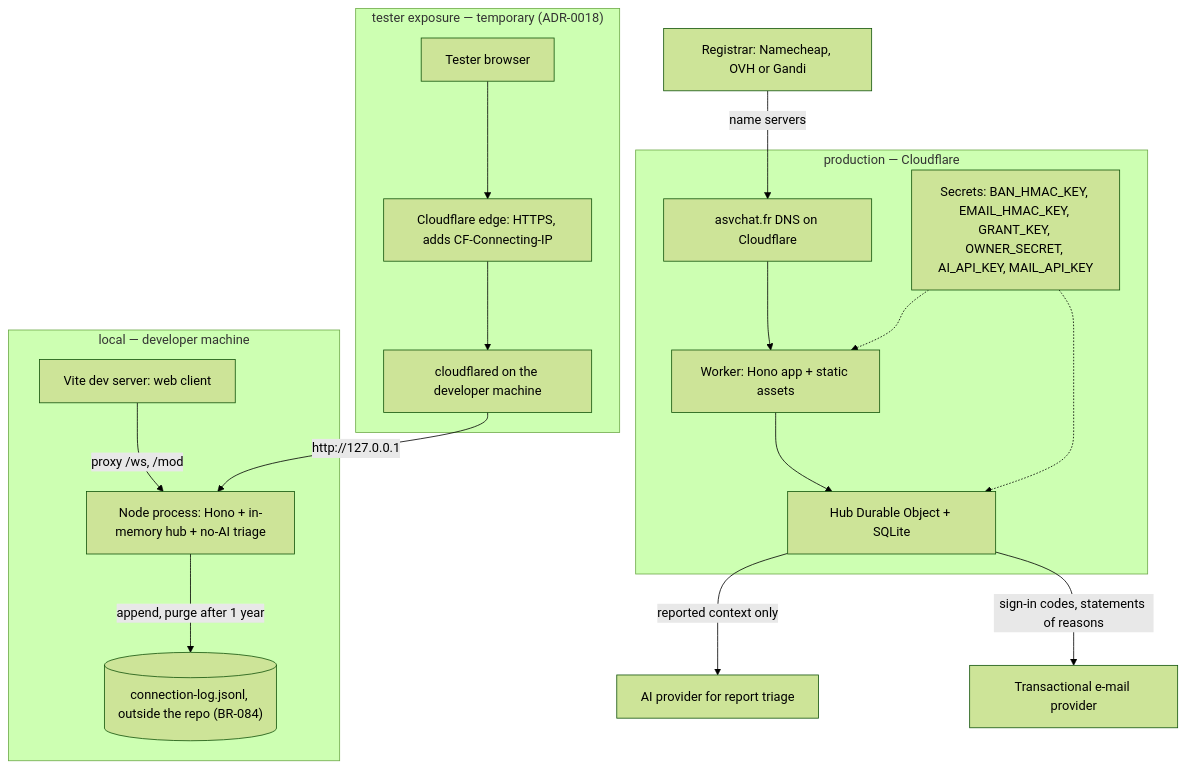
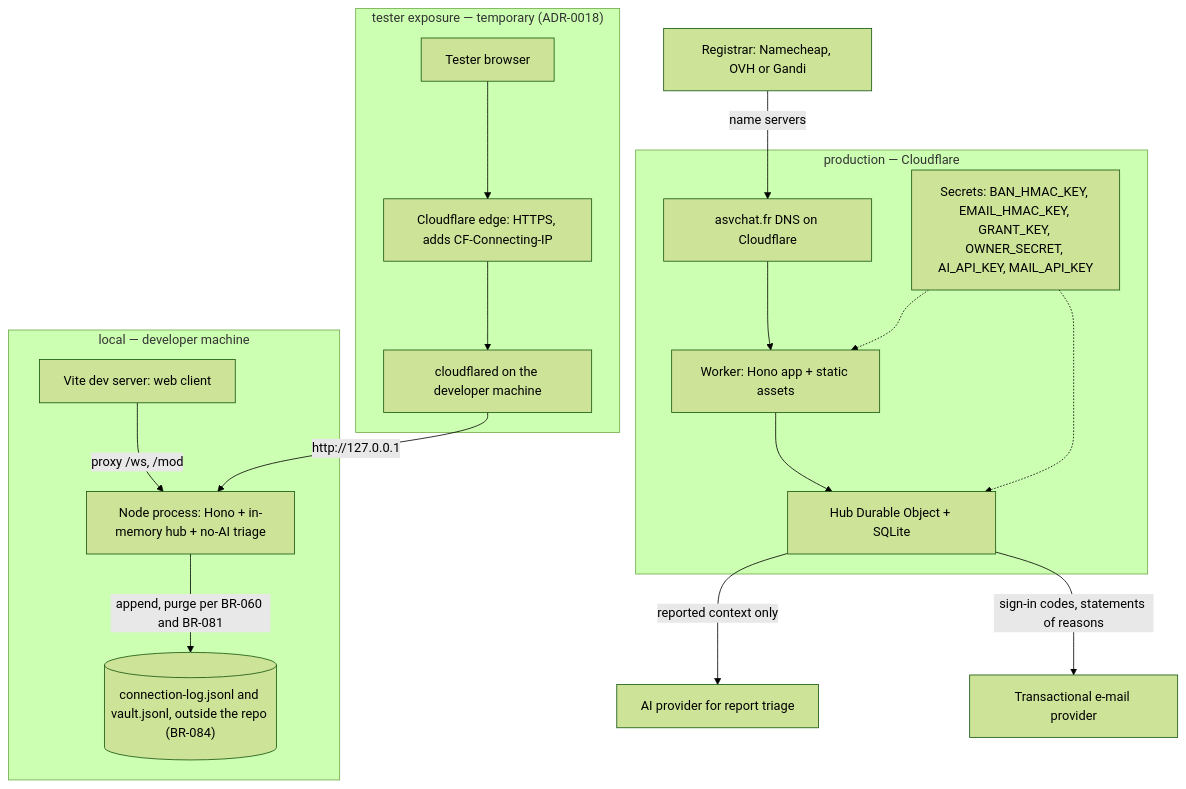
The diagram in docs/architecture/diagrams/platform/07-deployment.md (benoit-bremaud/asv), drawn with Mermaid (forest theme) before and after one commit. The commit also changed other lines of this file and 11 other files, not shown here.

First line of the commit message:
docs(architecture): apply local review to the tester exposure study (#54)

````diff
--- a/docs/architecture/diagrams/platform/07-deployment.md
+++ b/docs/architecture/diagrams/platform/07-deployment.md
@@ -14,34 +15,34 @@
 ```mermaid
 flowchart TB
   subgraph Dev ["local — developer machine"]
     NodeProc["Node process: Hono + in-memory hub + no-AI triage"]
     Vite["Vite dev server: web client"]
     Vite -->|"proxy /ws, /mod"| NodeProc
-    LogFile[("connection-log.jsonl, outside the repo (BR-084)")]
-    NodeProc -->|"append, purge after 1 year"| LogFile
+    LogFile[("connection-log.jsonl and vault.jsonl, outside the repo (BR-084)")]
+    NodeProc -->|"append, purge per BR-060 and BR-081"| LogFile
   end
   subgraph Test ["tester exposure — temporary (ADR-0018)"]
     Tester["Tester browser"]
     Edge["Cloudflare edge: HTTPS, adds CF-Connecting-IP"]
     Cloudflared["cloudflared on the developer machine"]
     Tester --> Edge
     Edge --> Cloudflared
   end
   Cloudflared -->|"http://127.0.0.1"| NodeProc
   subgraph Prod ["production — Cloudflare"]
     DNS["asvchat.fr DNS on Cloudflare"]
     Worker["Worker: Hono app + static assets"]
     HubDO["Hub Durable Object + SQLite"]
     Secrets["Secrets: BAN_HMAC_KEY, EMAIL_HMAC_KEY, GRANT_KEY, OWNER_SECRET, AI_API_KEY, MAIL_API_KEY"]
     DNS --> Worker
     Worker --> HubDO
     Secrets -.-> Worker
     Secrets -.-> HubDO
   end
   AI["AI provider for report triage"]
   Registrar["Registrar: Namecheap, OVH or Gandi"]
   Registrar -->|"name servers"| DNS
   HubDO -->|"reported context only"| AI
   Mail["Transactional e-mail provider"]
   HubDO -->|"sign-in codes, statements of reasons"| Mail
 ```
````
